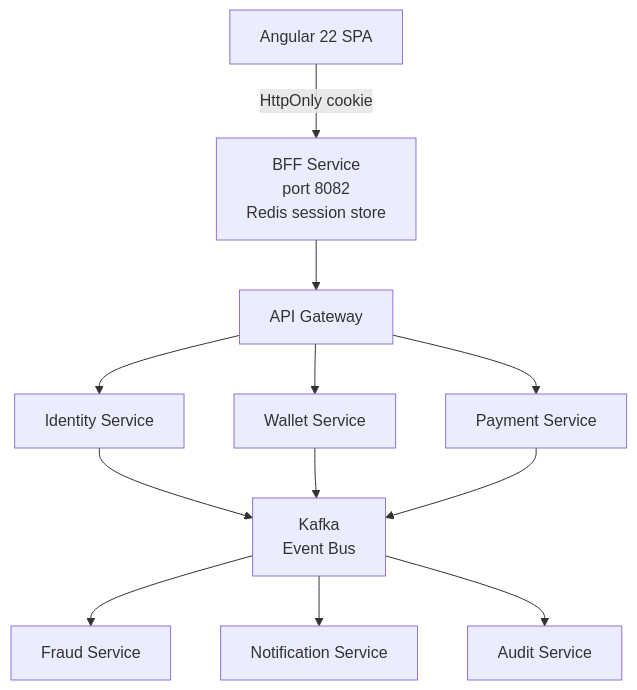
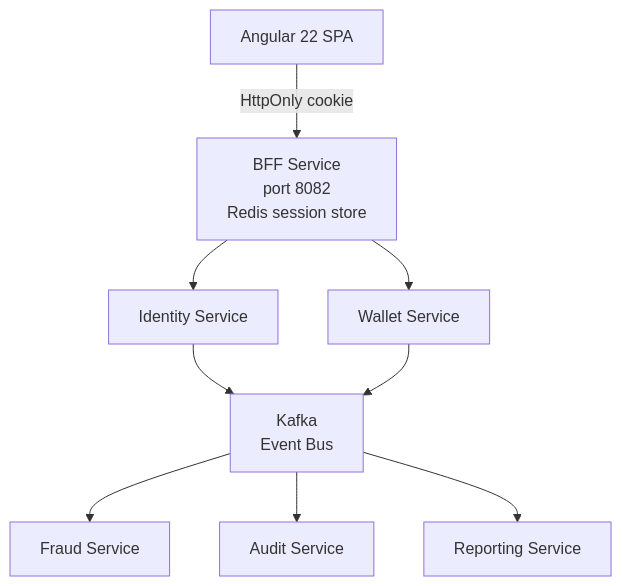
The second of 3 diagrams in README.md (AlexAlvarezGallardo-GitHub/Aegis), drawn with Mermaid before and after one commit. The commit also changed other lines of this file and 15 other files, not shown here.

````diff
--- a/README.md
+++ b/README.md
@@ -142,22 +160,19 @@
 ```mermaid
 flowchart TB
     ANG["Angular 22 SPA"]
     BFF["BFF Service
      port 8082
      Redis session store"]
-    GW["API Gateway"]
     ID["Identity Service"]
     WA["Wallet Service"]
-    PAY["Payment Service"]
     KAFKA["Kafka
      Event Bus"]
     FR["Fraud Service"]
-    NO["Notification Service"]
     AU["Audit Service"]
+    RE["Reporting Service"]
 
     ANG -- HttpOnly cookie --> BFF
-    BFF --> GW
-    GW --> ID & WA & PAY
-    ID & WA & PAY --> KAFKA
-    KAFKA --> FR & NO & AU
+    BFF --> ID & WA
+    ID & WA --> KAFKA
+    KAFKA --> FR & AU & RE
 ```
````
